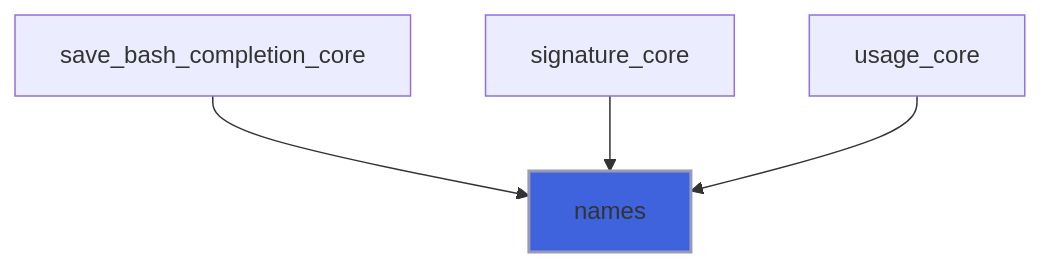
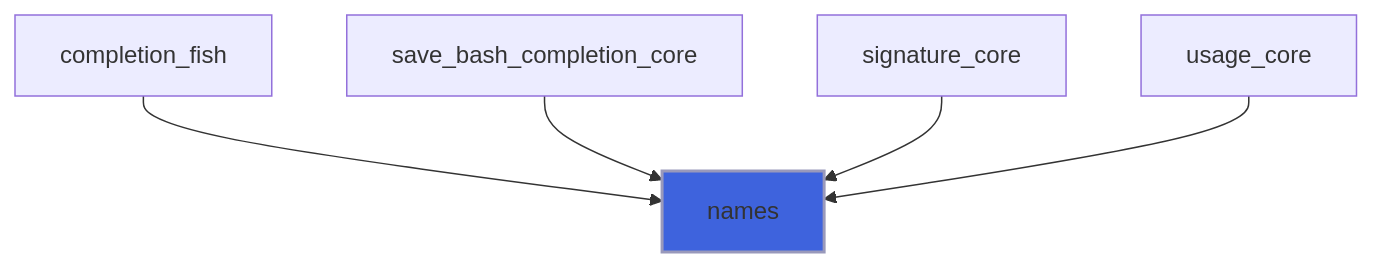
One commit to szaghi/FLAP changed diagram 26 of 38 in docs/api/src/lib/flap_command_line_arguments_group_t.md. Above: the diagram before and after it, drawn with Mermaid. The commit also changed other lines of this file and 12 other files, not shown here.

First line of the commit message:
feat(completion): native fish completion script

````diff
--- a/docs/api/src/lib/flap_command_line_arguments_group_t.md
+++ b/docs/api/src/lib/flap_command_line_arguments_group_t.md
@@ -960,7 +993,8 @@
 ```mermaid
 flowchart TD
+  completion_fish["completion_fish"] --> names["names"]
   save_bash_completion_core["save_bash_completion_core"] --> names["names"]
   signature_core["signature_core"] --> names["names"]
   usage_core["usage_core"] --> names["names"]
   style names fill:#3e63dd,stroke:#99b,stroke-width:2px
 ```
````
